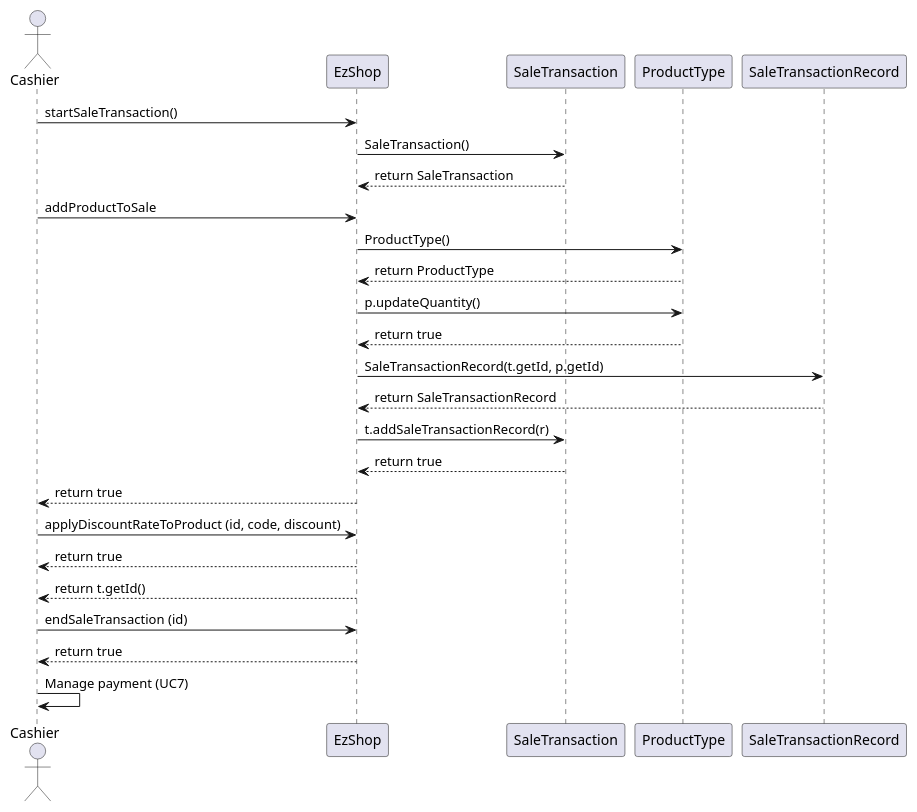
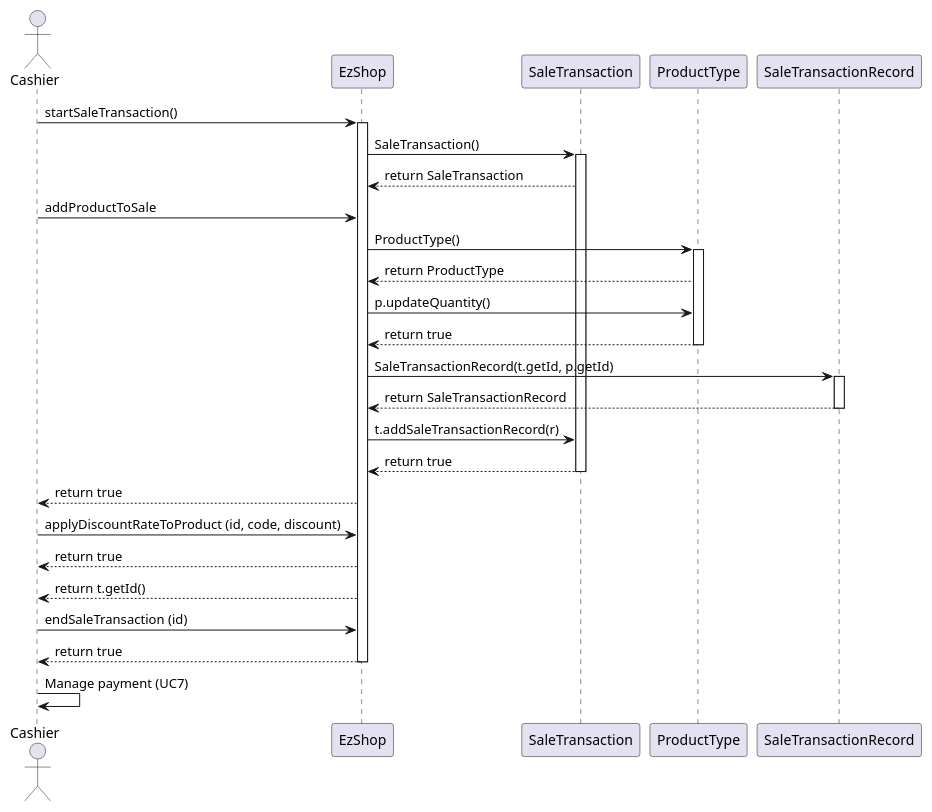
Diagram 20 of 30 in Deliverables/DesignDocument.md (paocela/EzShop), drawn with PlantUML before and after one commit. The commit also changed other lines of this file, not shown here.

Commit message:
activate/deactivate added to sequence diagrams, typos fixed

````diff
--- a/Deliverables/DesignDocument.md
+++ b/Deliverables/DesignDocument.md
@@ -554,30 +607,31 @@
 ```plantuml
 
 actor Cashier
 Cashier -> EzShop : startSaleTransaction()
+activate EzShop
 EzShop -> SaleTransaction : SaleTransaction()
+activate SaleTransaction
 EzShop <-- SaleTransaction : return SaleTransaction
-
 Cashier -> EzShop : addProductToSale
 EzShop -> ProductType : ProductType()
+activate ProductType
 EzShop <-- ProductType : return ProductType
 EzShop -> ProductType : p.updateQuantity()
 EzShop <-- ProductType : return true
+deactivate ProductType
 EzShop -> SaleTransactionRecord : SaleTransactionRecord(t.getId, p.getId)
+activate SaleTransactionRecord
 EzShop <-- SaleTransactionRecord : return SaleTransactionRecord
+deactivate SaleTransactionRecord
 EzShop -> SaleTransaction : t.addSaleTransactionRecord(r)
 EzShop <-- SaleTransaction : return true
+deactivate SaleTransaction
 Cashier <-- EzShop : return true
-
 Cashier -> EzShop : applyDiscountRateToProduct (id, code, discount)
-
 Cashier <-- EzShop : return true
-
-
 Cashier <-- EzShop : return t.getId()
 Cashier -> EzShop : endSaleTransaction (id)
 Cashier <-- EzShop : return true
-
-
+deactivate EzShop
 Cashier -> Cashier : Manage payment (UC7)
 ```
````
